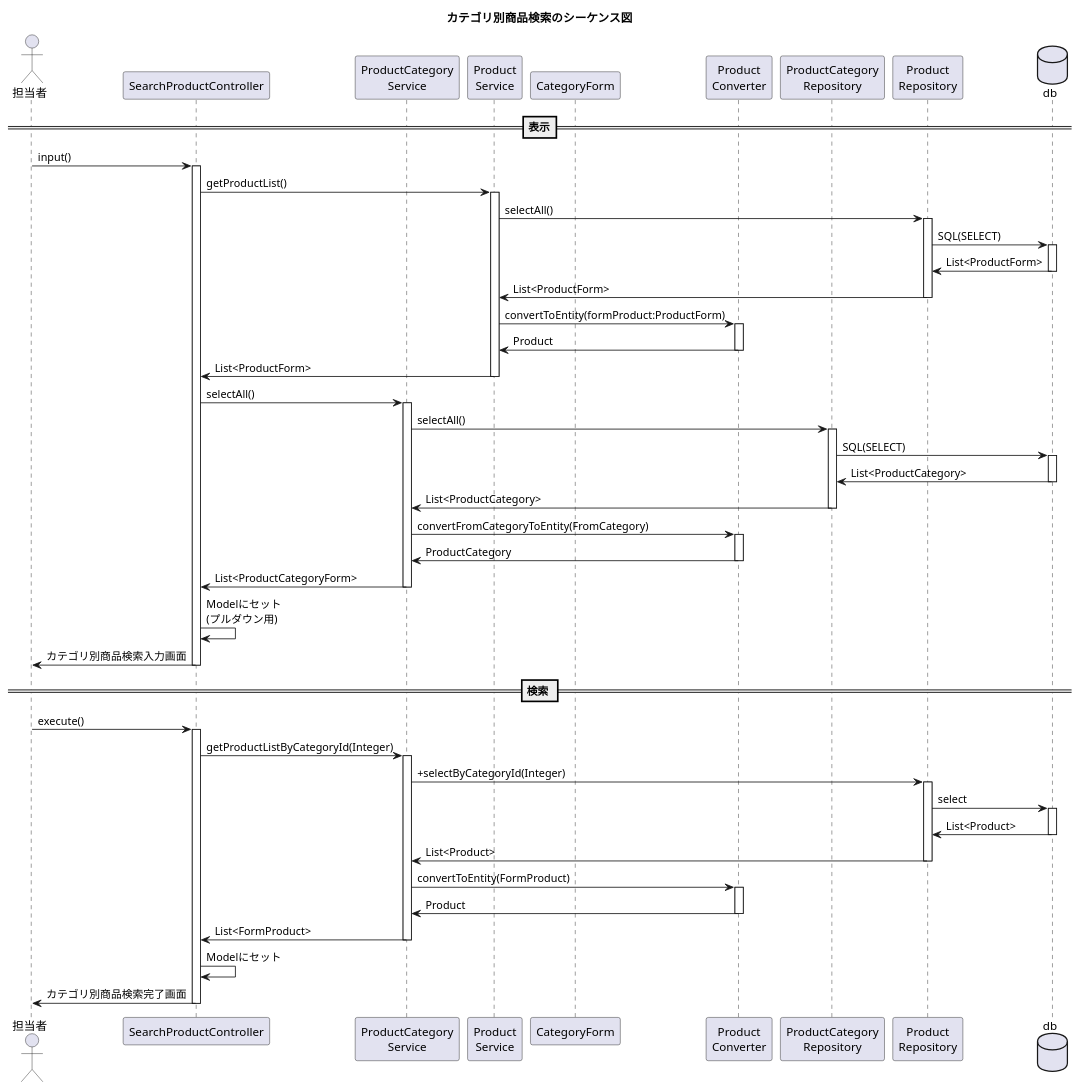
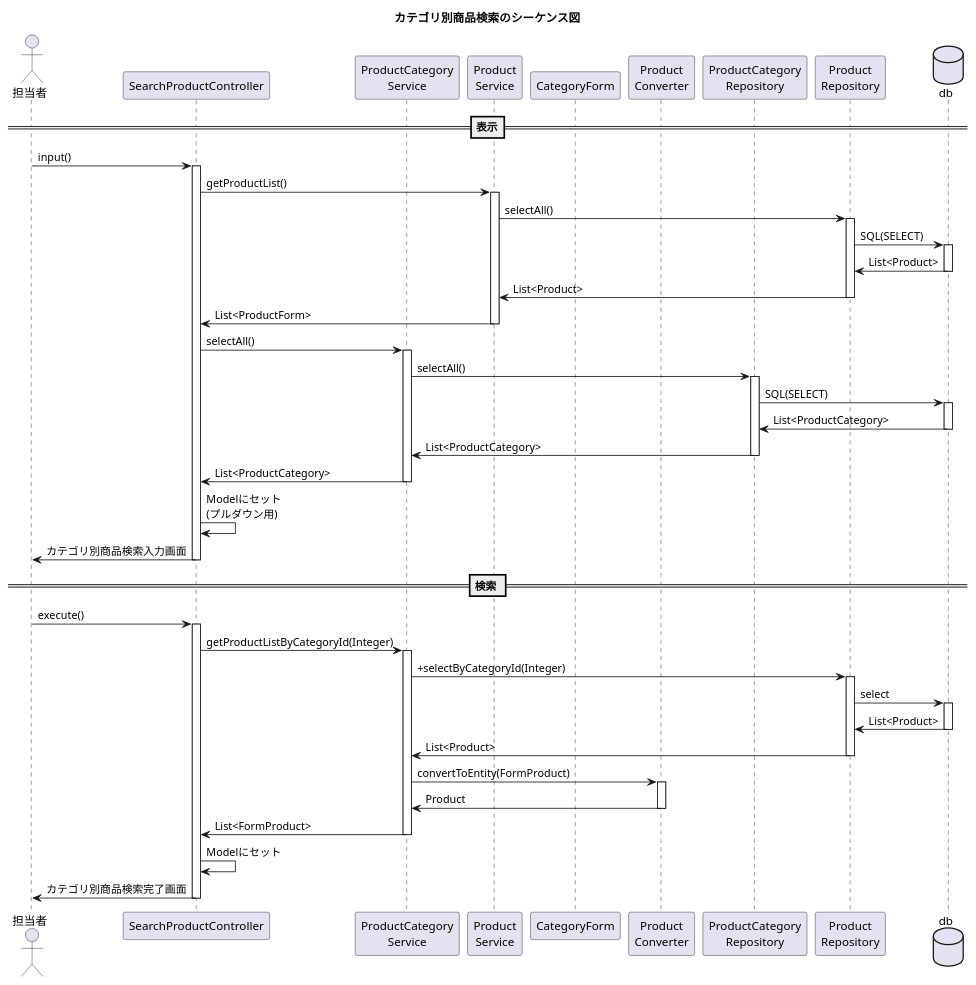
Before and after one commit to kanavii3333/ec-b: the diagram in plan/uml/sequence/uc011.plantuml, drawn with PlantUML.

Commit message:
商品検索の入力のシーケンス図書き直し

```diff
--- a/plan/uml/sequence/uc011.plantuml
+++ b/plan/uml/sequence/uc011.plantuml
@@ -1,48 +1,44 @@
 @startuml
 
 title カテゴリ別商品検索のシーケンス図
 actor "担当者" as user
 participant "SearchProductController" as controller
 participant "ProductCategory\nService" as service
 participant "Product\nService" as service1
 participant "CategoryForm" as form
 participant "Product\nConverter" as helper
 participant "ProductCategory\nRepository" as repository1
 participant "Product\nRepository" as repository2
 database "db" as db
 ==表示==
 user -> controller++:input()
 controller -> service1++:getProductList()
 service1 -> repository2++:selectAll()
 repository2 -> db++:SQL(SELECT)
-repository2<- db--:List<ProductForm> 
-service1 <- repository2--:List<ProductForm>
-service1 -> helper++:convertToEntity(formProduct:ProductForm)
-service1 <- helper--:Product
+repository2<- db--:List<Product> 
+service1 <- repository2--:List<Product>
 controller <- service1--:List<ProductForm>
 controller -> service++:selectAll()
 service -> repository1++:selectAll()
 repository1 -> db++:SQL(SELECT)
 db -> repository1--:List<ProductCategory>
 repository1 -> service--:List<ProductCategory>
-service -> helper++:convertFromCategoryToEntity(FromCategory)
-service <- helper--:ProductCategory
-service -> controller--:List<ProductCategoryForm>
+service -> controller--:List<ProductCategory>
 controller -> controller:Modelにセット\n(プルダウン用)
 controller -> user--:カテゴリ別商品検索入力画面
 
 == 検索 ==
 user -> controller++:execute()
 controller -> service++:getProductListByCategoryId(Integer)
 service -> repository2++:+selectByCategoryId(Integer)
 repository2 -> db++:select
 db -> repository2--:List<Product>
 repository2 -> service--:List<Product>
 service -> helper++:convertToEntity(FormProduct)
 service <- helper--:Product
 service -> controller--:List<FormProduct>
 controller -> controller:Modelにセット
 controller -> user--:カテゴリ別商品検索完了画面
 
 
 @enduml
```
